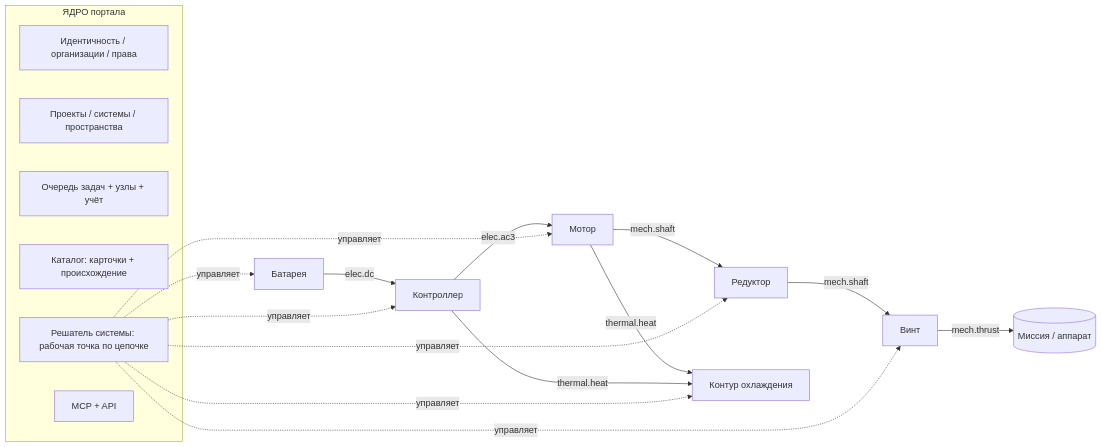
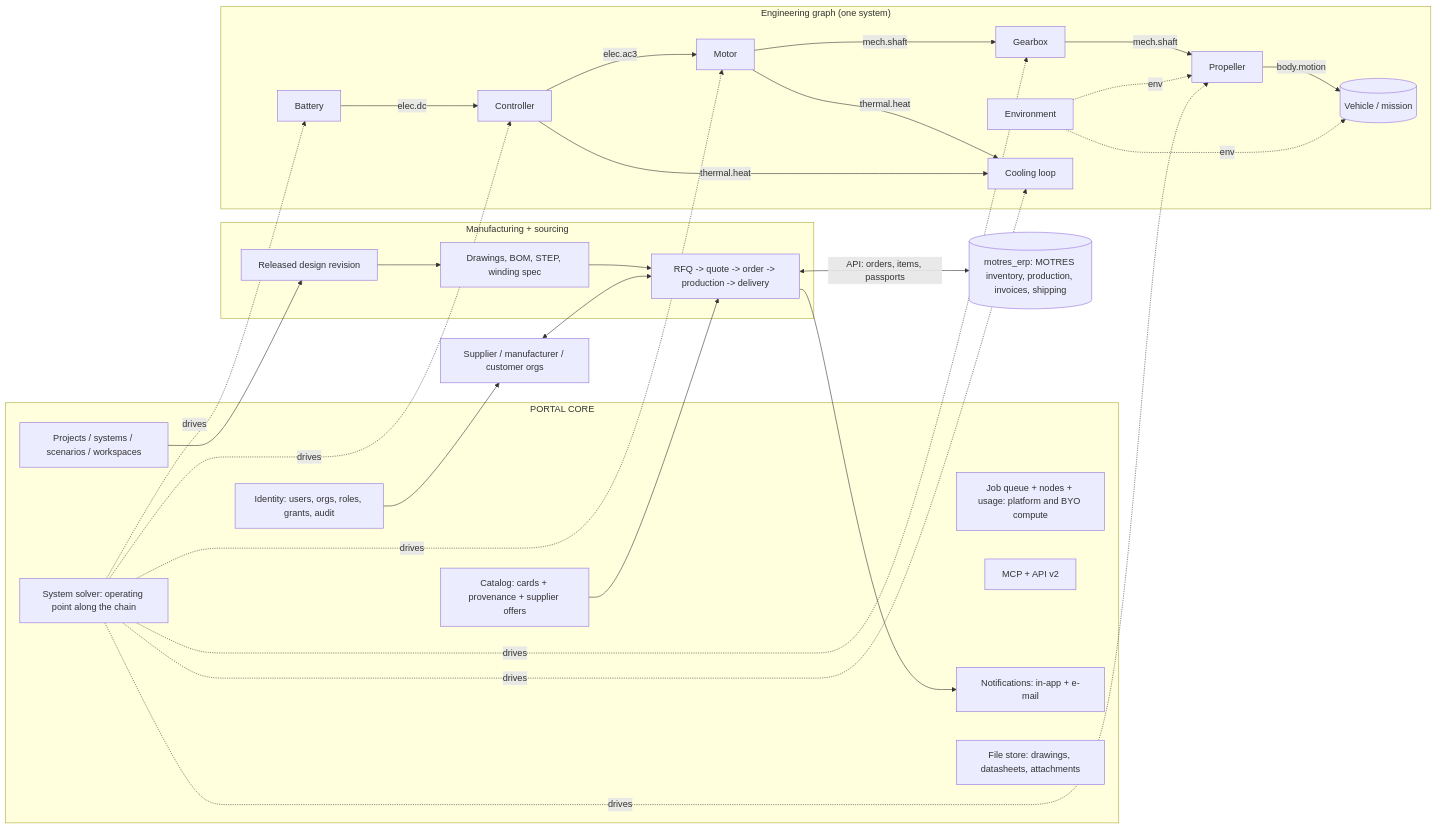
Before and after one commit to eMotres/Motor_Ai_Simulation: the diagram in docs/PORTAL_ARCHITECTURE_2026-09-29.md, drawn with Mermaid. The commit also changed other lines of this file, not shown here.

Commit message:
docs(portal): architecture v3 in English: non-commercial (AGPL+DCO), parties and organizations, manufacturing documentation, sourcing and orders, ERP boundary, M8-M12, D24-D37

````diff
--- a/docs/PORTAL_ARCHITECTURE_2026-09-29.md
+++ b/docs/PORTAL_ARCHITECTURE_2026-09-29.md
@@ -154,19 +180,35 @@
 ```mermaid
 flowchart LR
-  subgraph Core["ЯДРО портала"]
-    ID[Идентичность / организации / права]
-    WS[Проекты / системы / пространства]
-    Q[Очередь задач + узлы + учёт]
-    CAT[Каталог: карточки + происхождение]
-    SOL[Решатель системы: рабочая точка по цепочке]
-    MCP[MCP + API]
+  subgraph Core["PORTAL CORE"]
+    ID[Identity: users, orgs, roles, grants, audit]
+    WS[Projects / systems / scenarios / workspaces]
+    Q[Job queue + nodes + usage: platform and BYO compute]
+    CAT[Catalog: cards + provenance + supplier offers]
+    SOL[System solver: operating point along the chain]
+    MCP[MCP + API v2]
+    NOTE[Notifications: in-app + e-mail]
+    FS[File store: drawings, datasheets, attachments]
   end
-  BAT[Батарея] -- elec.dc --> CTL[Контроллер]
-  CTL -- elec.ac3 --> MOT[Мотор]
-  MOT -- mech.shaft --> GB[Редуктор]
-  GB -- mech.shaft --> PROP[Винт]
-  PROP -- mech.thrust --> LOAD[(Миссия / аппарат)]
-  MOT -- thermal.heat --> COOL[Контур охлаждения]
-  CTL -- thermal.heat --> COOL
-  SOL -.управляет.-> BAT & CTL & MOT & GB & PROP & COOL
+  subgraph Eng["Engineering graph (one system)"]
+    BAT[Battery] -- elec.dc --> CTL[Controller]
+    CTL -- elec.ac3 --> MOT[Motor]
+    MOT -- mech.shaft --> GB[Gearbox]
+    GB -- mech.shaft --> PROP[Propeller]
+    PROP -- body.motion --> VEH[(Vehicle / mission)]
+    ENV[Environment] -. env .-> PROP & VEH
+    MOT -- thermal.heat --> COOL[Cooling loop]
+    CTL -- thermal.heat --> COOL
+  end
+  subgraph Mfg["Manufacturing + sourcing"]
+    REV[Released design revision]
+    DOCS[Drawings, BOM, STEP, winding spec]
+    RFQ[RFQ -> quote -> order -> production -> delivery]
+  end
+  SOL -. drives .-> BAT & CTL & MOT & GB & PROP & COOL
+  WS --> REV --> DOCS --> RFQ
+  CAT --> RFQ
+  RFQ <-- API: orders, items, passports --> ERP[(motres_erp: MOTRES inventory, production, invoices, shipping)]
+  ID --> SUP[Supplier / manufacturer / customer orgs]
+  SUP <--> RFQ
+  RFQ --> NOTE
 ```
````
